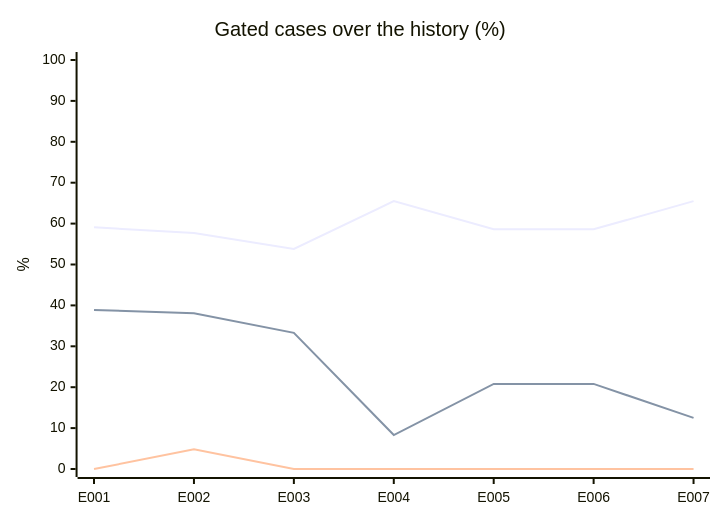
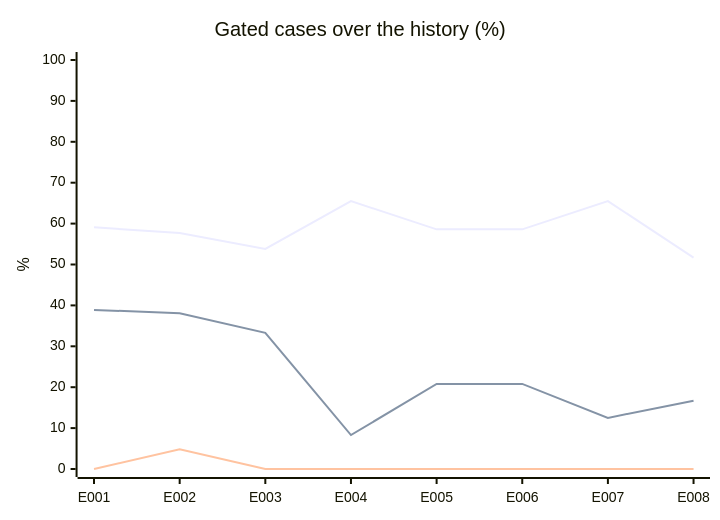
Before and after one commit to acarbonellb/anti-fraud-agent: the diagram in evals/report.md, drawn with Mermaid. The commit also changed other lines of this file and 46 other files, not shown here.

````diff
--- a/evals/report.md
+++ b/evals/report.md
@@ -42,9 +43,9 @@
 ```mermaid
 xychart-beta
   title "Gated cases over the history (%)"
-  x-axis [E001, E002, E003, E004, E005, E006, E007]
+  x-axis [E001, E002, E003, E004, E005, E006, E007, E008]
   y-axis "%" 0 --> 100
-  line [59.1, 57.7, 53.8, 65.5, 58.6, 58.6, 65.5]
-  line [38.9, 38.1, 33.3, 8.3, 20.8, 20.8, 12.5]
-  line [0, 4.8, 0, 0, 0, 0, 0]
+  line [59.1, 57.7, 53.8, 65.5, 58.6, 58.6, 65.5, 51.7]
+  line [38.9, 38.1, 33.3, 8.3, 20.8, 20.8, 12.5, 16.7]
+  line [0, 4.8, 0, 0, 0, 0, 0, 0]
 ```
````
